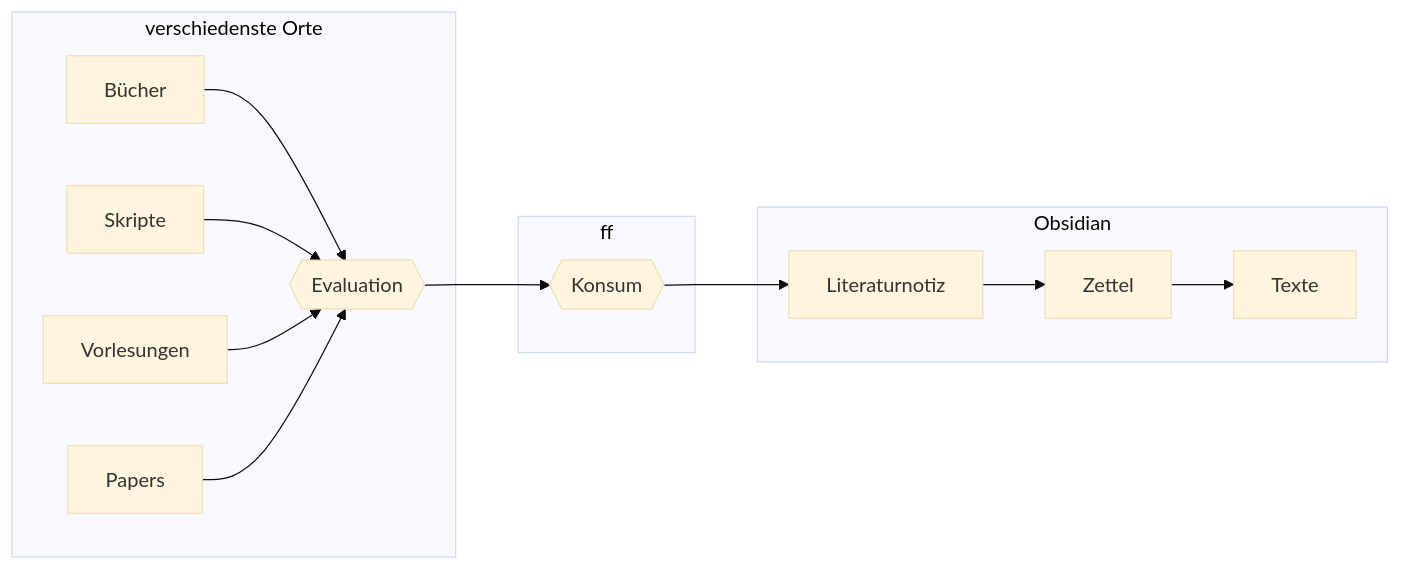
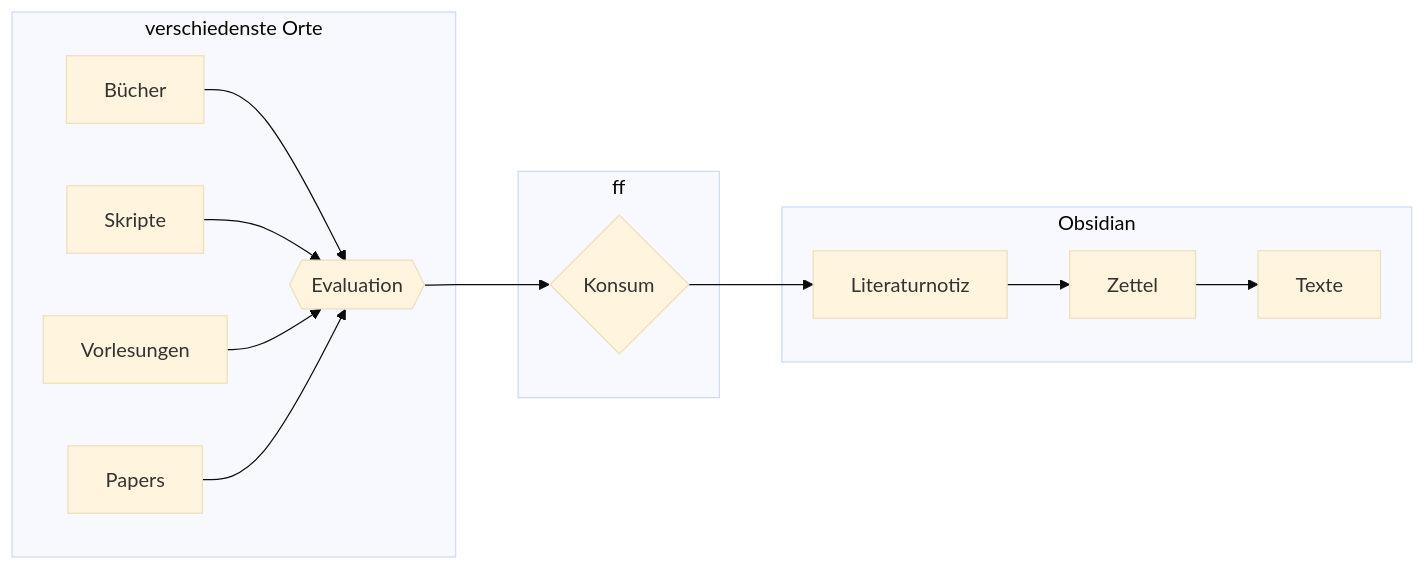
One commit to julianstoerig/zettelkasten changed the diagram in System/Informationsverarbeitung.md. Above: the diagram before and after it, drawn with Mermaid (base theme). The commit also changed 1 other file, not shown here.

Commit message:
automatic version-control: 2021-01-11 22:40:50

````diff
--- a/System/Informationsverarbeitung.md
+++ b/System/Informationsverarbeitung.md
@@ -1,29 +1,29 @@
 ```mermaid
 graph LR;
 
 B["Bücher"]
 S["Skripte"]
 V["Vorlesungen"]
 P["Papers"]
 
 E{{"Evaluation"}}
-K{{"Konsum"}}
+K{"Konsum"}
 
 L["Literaturnotiz"]
 Z["Zettel"]
 T["Texte"]
 
 subgraph verschiedenste Orte
 	B & S & V & P --> E
 end
 
 subgraph ff
 	E --> K
 end
 
 subgraph Obsidian
 	K --> L
 	L --> Z
 	Z --> T
 end
 ```
````
